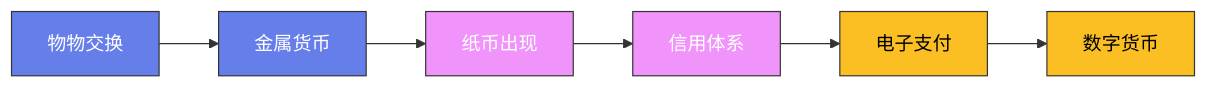
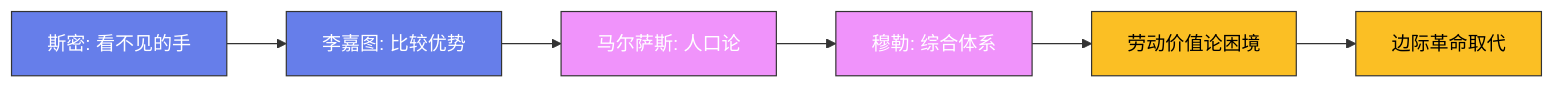
Before and after one commit to Fengur/Fengur.github.io: the diagram in content/posts/ModelCreate/经济学与金融/01-古典经济学.md, drawn with Mermaid. The commit also changed 118 other files, not shown here.

````diff
--- a/content/posts/ModelCreate/经济学与金融/01-古典经济学.md
+++ b/content/posts/ModelCreate/经济学与金融/01-古典经济学.md
@@ -69,16 +69,16 @@
 ```mermaid
 graph LR
-    A["物物交换"] --> B["金属货币"]
-    B --> C["纸币出现"]
-    C --> D["信用体系"]
-    D --> E["电子支付"]
-    E --> F["数字货币"]
+    A["斯密: 看不见的手"] --> B["李嘉图: 比较优势"]
+    B --> C["马尔萨斯: 人口论"]
+    C --> D["穆勒: 综合体系"]
+    D --> E["劳动价值论困境"]
+    E --> F["边际革命取代"]
 
     classDef early fill:#667eea,stroke:#333,color:white
     classDef mid fill:#f093fb,stroke:#333,color:white
     classDef modern fill:#fbbf24,stroke:#333,color:black
 
     class A,B early
     class C,D mid
     class E,F modern
 ```
````
